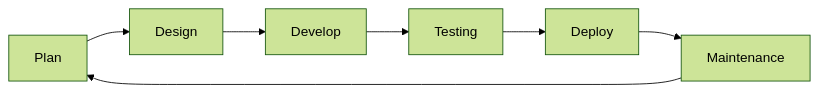
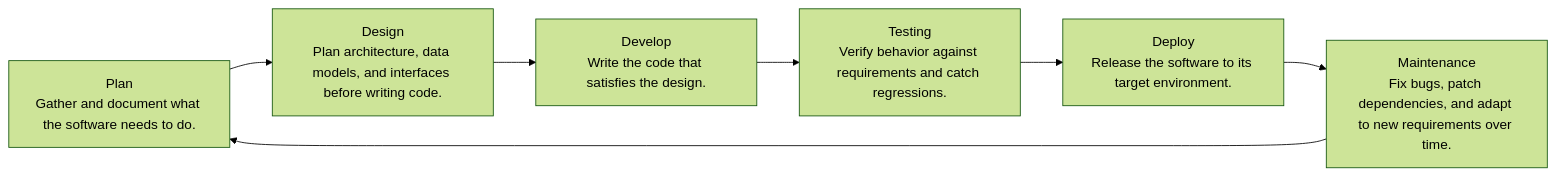
The diagram in notes/tech/software/general/software-lifecycle.md (iamharryliu/vigilant-broccoli), drawn with Mermaid (forest theme) before and after one commit. The commit also changed other lines of this file and 3 other files, not shown here.

````diff
--- a/notes/tech/software/general/software-lifecycle.md
+++ b/notes/tech/software/general/software-lifecycle.md
@@ -21,9 +12,9 @@
 ```mermaid
 flowchart LR
-    A[Plan] --> B[Design]
-    B --> C[Develop]
-    C --> D[Testing]
-    D --> E[Deploy]
-    E --> F[Maintenance]
+    A["Plan<br/>Gather and document what the software needs to do."] --> B["Design<br/>Plan architecture, data models, and interfaces before writing code."]
+    B --> C["Develop<br/>Write the code that satisfies the design."]
+    C --> D["Testing<br/>Verify behavior against requirements and catch regressions."]
+    D --> E["Deploy<br/>Release the software to its target environment."]
+    E --> F["Maintenance<br/>Fix bugs, patch dependencies, and adapt to new requirements over time."]
     F --> A
 ```
````
